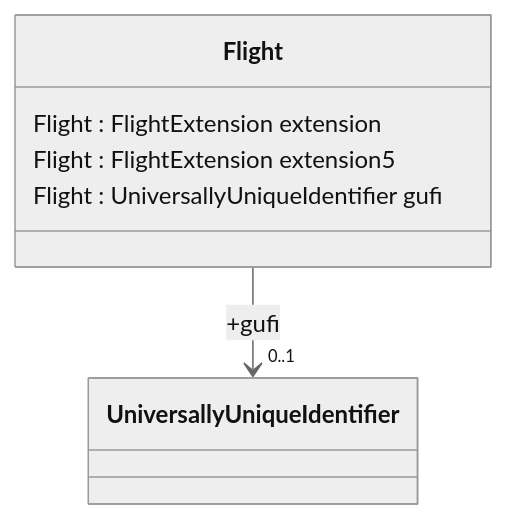
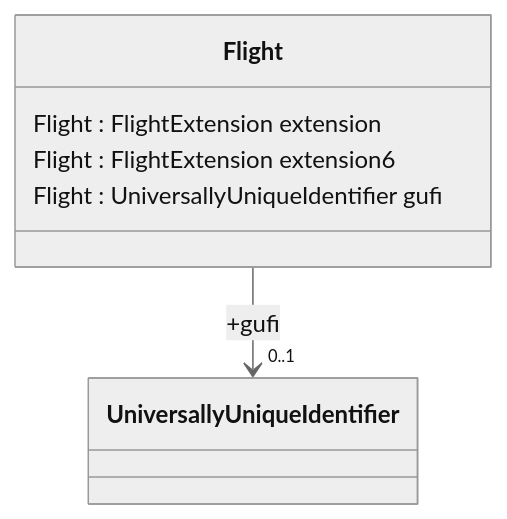
One commit to du-lapin/test_docsify changed the second of 4 diagrams in docs/fixm/FIXM_UML_in_mermaid.md. Above: the diagram before and after it, drawn with Mermaid (neutral theme). The commit also changed other lines of this file, not shown here.

````diff
--- a/docs/fixm/FIXM_UML_in_mermaid.md
+++ b/docs/fixm/FIXM_UML_in_mermaid.md
@@ -24,9 +24,9 @@
 ```mermaid
 classDiagram
 class Flight{
 Flight : FlightExtension extension
-Flight : FlightExtension extension5
+Flight : FlightExtension extension6
 Flight : UniversallyUniqueIdentifier gufi
 }
 Flight --> "0..1"  UniversallyUniqueIdentifier : +gufi
 ```
````
